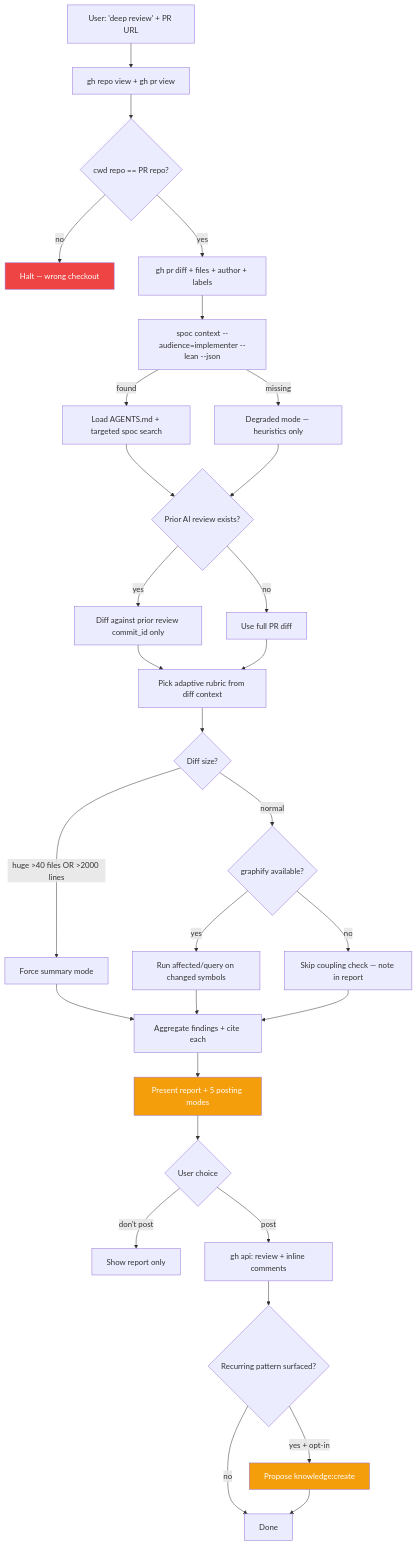
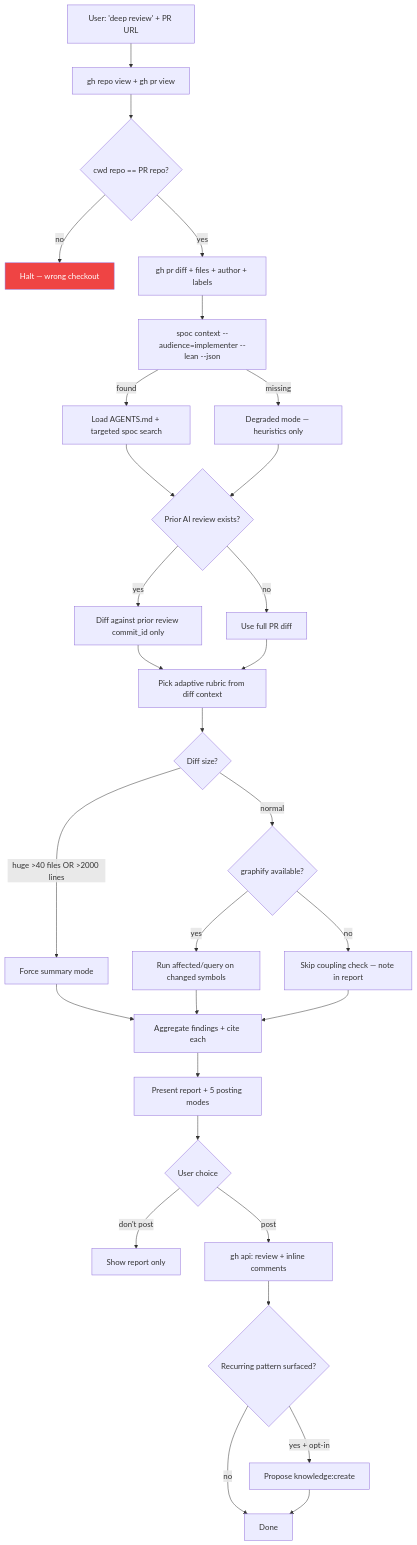
Before and after one commit to rryando/SPOC: the first of 2 diagrams in opencode/spoc/skills/deep-pr-review/SKILL.md, drawn with Mermaid. The commit also changed other lines of this file and 29 other files, not shown here.

````diff
--- a/opencode/spoc/skills/deep-pr-review/SKILL.md
+++ b/opencode/spoc/skills/deep-pr-review/SKILL.md
@@ -16,35 +16,34 @@
 ```mermaid
 flowchart TD
-    classDef gate fill:#f59e0b,color:#fff
     classDef bail fill:#ef4444,color:#fff
 
     A[User: 'deep review' + PR URL] --> B[gh repo view + gh pr view]
     B --> C{cwd repo == PR repo?}
     C -->|no| Z[Halt — wrong checkout]:::bail
     C -->|yes| D[gh pr diff + files + author + labels]
     D --> E[spoc context --audience=implementer --lean --json]
     E -->|found| F[Load AGENTS.md + targeted spoc search]
     E -->|missing| G[Degraded mode — heuristics only]
     F --> H{Prior AI review exists?}
     G --> H
     H -->|yes| I[Diff against prior review commit_id only]
     H -->|no| J[Use full PR diff]
     I --> K[Pick adaptive rubric from diff context]
     J --> K
     K --> L{Diff size?}
     L -->|huge >40 files OR >2000 lines| M[Force summary mode]
     L -->|normal| N{graphify available?}
     N -->|yes| O[Run affected/query on changed symbols]
     N -->|no| P[Skip coupling check — note in report]
     M --> Q[Aggregate findings + cite each]
     O --> Q
     P --> Q
-    Q --> R[Present report + 5 posting modes]:::gate
+    Q --> R[Present report + 5 posting modes]
     R --> S{User choice}
     S -->|don't post| END1[Show report only]
     S -->|post| T[gh api: review + inline comments]
     T --> U{Recurring pattern surfaced?}
-    U -->|yes + opt-in| V[Propose knowledge:create]:::gate
+    U -->|yes + opt-in| V[Propose knowledge:create]
     U -->|no| END2[Done]
     V --> END2
 ```
````
